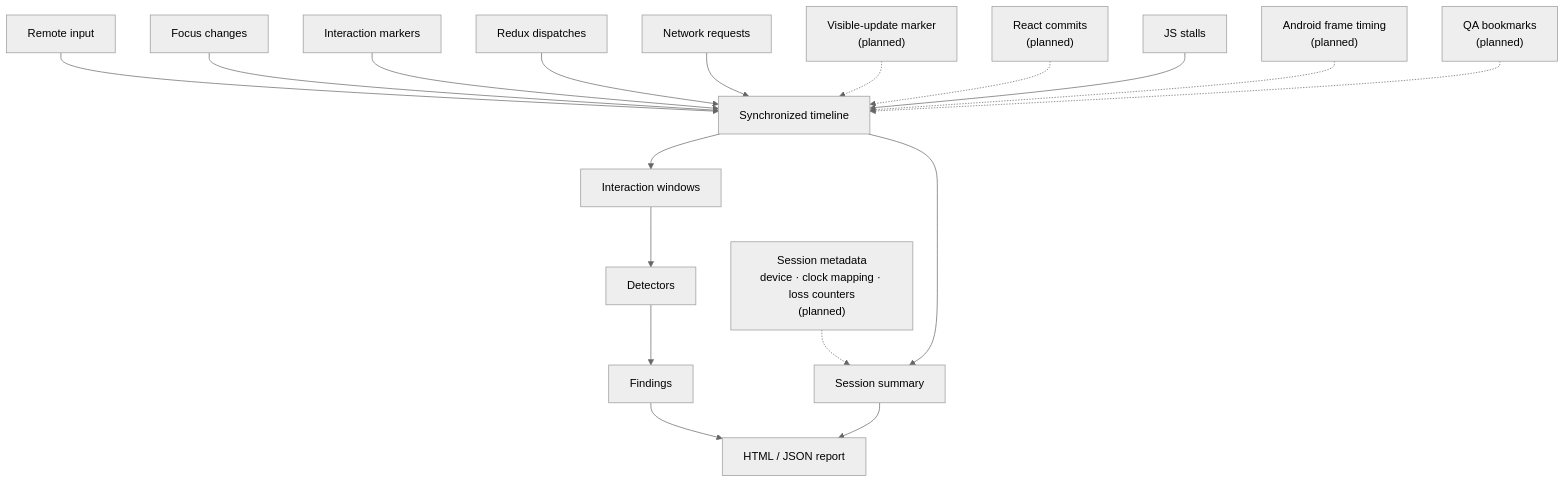
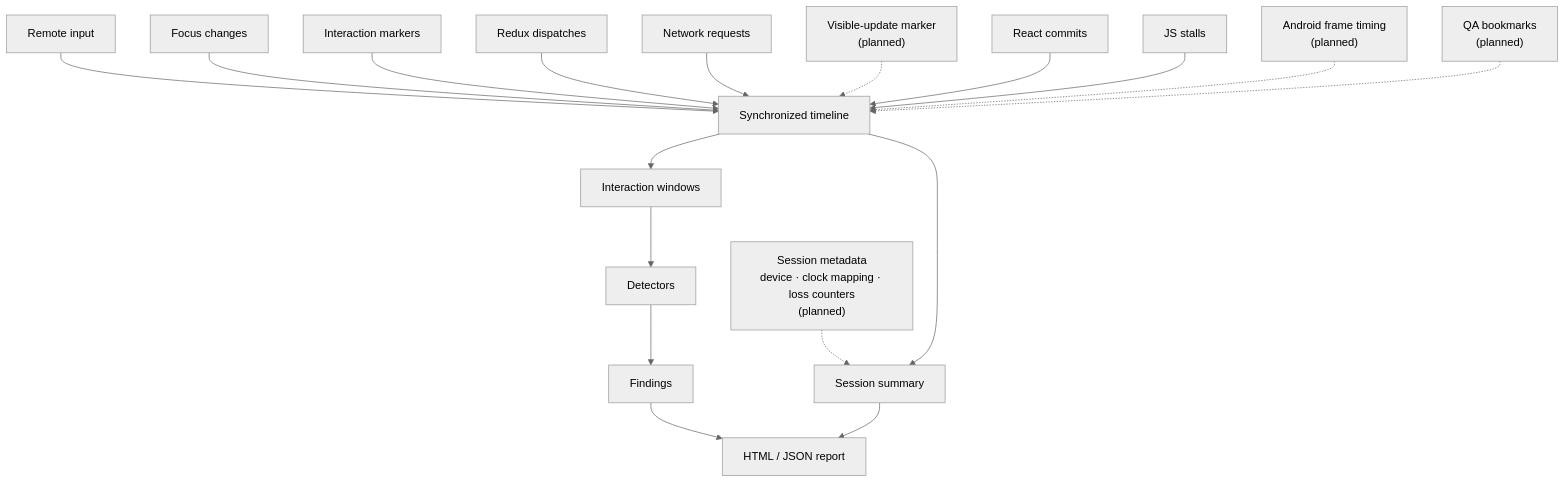
Before and after one commit to undrafted/rn-android-tv-session-telemetry: the diagram in .github/signals.mmd, drawn with Mermaid. The commit also changed 6 other files, not shown here.

First line of the commit message:
Add React commit timing via the Profiler API

```diff
--- a/.github/signals.mmd
+++ b/.github/signals.mmd
@@ -1,20 +1,20 @@
 %%{init: {"theme": "neutral"}}%%
 flowchart TD
     RemoteInput["Remote input"] --> Timeline["Synchronized timeline"]
     Focus["Focus changes"] --> Timeline
     InteractionMarker["Interaction markers"] --> Timeline
     Redux["Redux dispatches"] --> Timeline
     Network["Network requests"] --> Timeline
     VisibleUpdate["Visible-update marker<br/>(planned)"] -.-> Timeline
-    ReactCommit["React commits<br/>(planned)"] -.-> Timeline
+    ReactCommit["React commits"] --> Timeline
     JSStall["JS stalls"] --> Timeline
     FrameTiming["Android frame timing<br/>(planned)"] -.-> Timeline
     Bookmarks["QA bookmarks<br/>(planned)"] -.-> Timeline
     SessionMeta["Session metadata<br/>device · clock mapping · loss counters<br/>(planned)"] -.-> Summary
 
     Timeline --> Windows["Interaction windows"]
     Timeline --> Summary["Session summary"]
     Windows --> Detectors["Detectors"]
     Detectors --> Findings["Findings"]
     Findings --> ReportOut["HTML / JSON report"]
     Summary --> ReportOut
```
